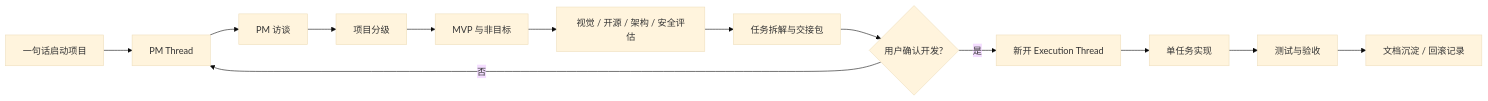
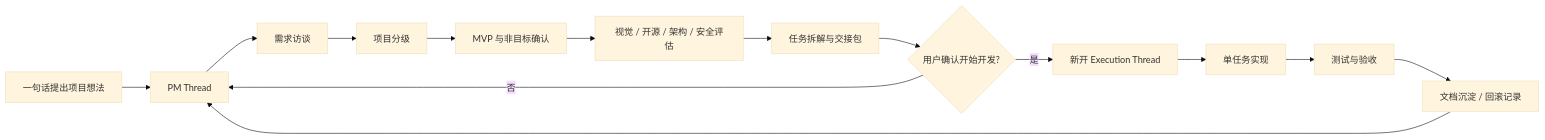
The first of 3 diagrams in README.md (btcys/chengying-codex-skill-pack), drawn with Mermaid (base theme) before and after one commit. The commit also changed other lines of this file, not shown here.

````diff
--- a/README.md
+++ b/README.md
@@ -21,15 +30,16 @@
 ```mermaid
 flowchart LR
-  A[一句话启动项目] --> B[PM Thread]
-  B --> C[PM 访谈]
+  A[一句话提出项目想法] --> B[PM Thread]
+  B --> C[需求访谈]
   C --> D[项目分级]
-  D --> E[MVP 与非目标]
+  D --> E[MVP 与非目标确认]
   E --> F[视觉 / 开源 / 架构 / 安全评估]
   F --> G[任务拆解与交接包]
-  G --> H{用户确认开发?}
+  G --> H{用户确认开始开发?}
   H -- 否 --> B
   H -- 是 --> I[新开 Execution Thread]
   I --> J[单任务实现]
   J --> K[测试与验收]
   K --> L[文档沉淀 / 回滚记录]
+  L --> B
 ```
````
